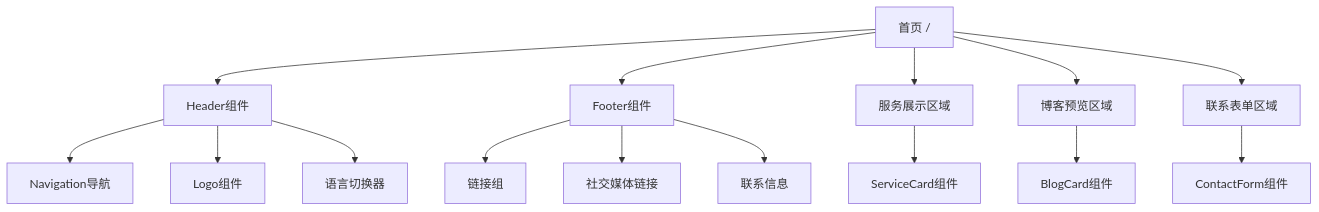
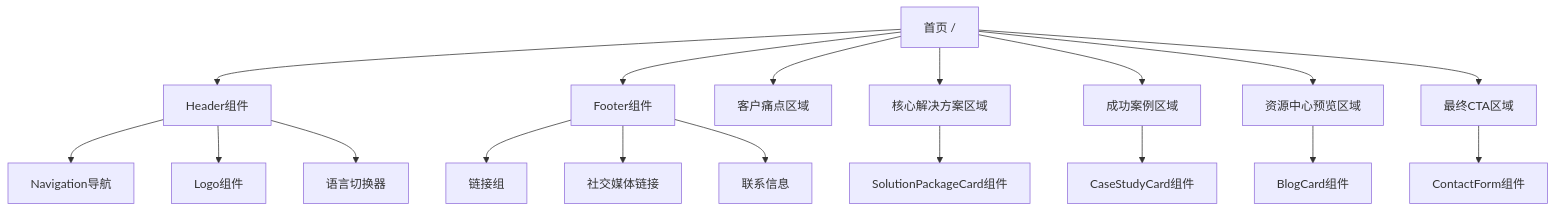
The second of 14 diagrams in docs/CODE_ARCHITECTURE.md (GItHub-Liu1996/web6), drawn with Mermaid before and after one commit. The commit also changed other lines of this file and 2 other files, not shown here.

First line of the commit message:
docs: 更新代码架构和交互拓扑图文档

````diff
--- a/docs/CODE_ARCHITECTURE.md
+++ b/docs/CODE_ARCHITECTURE.md
@@ -175,20 +213,23 @@
 ```mermaid
 graph TD
     A[首页 /] --> B[Header组件]
     A --> C[Footer组件]
-    A --> D[服务展示区域]
-    A --> E[博客预览区域]
-    A --> F[联系表单区域]
+    A --> D[客户痛点区域]
+    A --> E[核心解决方案区域]
+    A --> F[成功案例区域]
+    A --> G[资源中心预览区域]
+    A --> H[最终CTA区域]
     
-    B --> G[Navigation导航]
-    B --> H[Logo组件]
-    B --> I[语言切换器]
+    B --> I[Navigation导航]
+    B --> J[Logo组件]
+    B --> K[语言切换器]
     
-    C --> J[链接组]
-    C --> K[社交媒体链接]
-    C --> L[联系信息]
+    C --> L[链接组]
+    C --> M[社交媒体链接]
+    C --> N[联系信息]
     
-    D --> M[ServiceCard组件]
-    E --> N[BlogCard组件]
-    F --> O[ContactForm组件]
+    E --> O[SolutionPackageCard组件]
+    F --> P[CaseStudyCard组件]
+    G --> Q[BlogCard组件]
+    H --> R[ContactForm组件]
 ```
````
